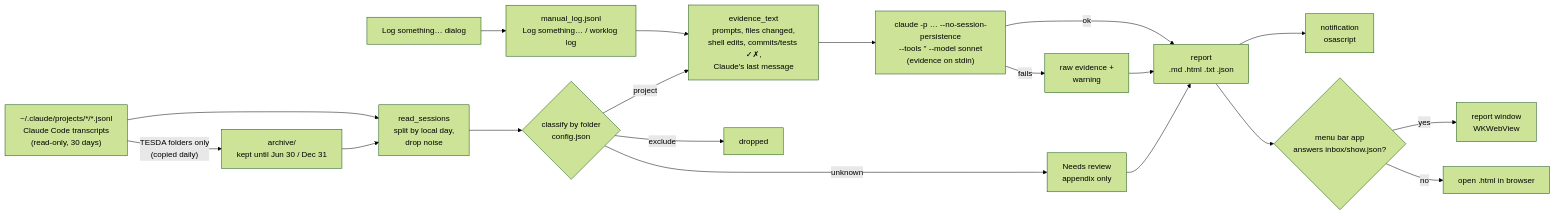
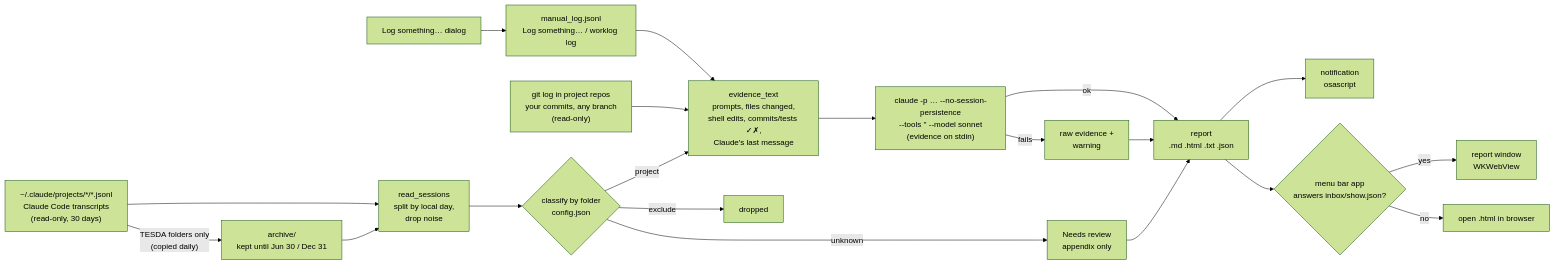
Before and after one commit to jewlmils/tesda-worklog: the first of 2 diagrams in docs/ARCHITECTURE.md, drawn with Mermaid (forest theme). The commit also changed other lines of this file and 5 other files, not shown here.

````diff
--- a/docs/ARCHITECTURE.md
+++ b/docs/ARCHITECTURE.md
@@ -11,20 +11,21 @@
 ```mermaid
 flowchart LR
     T["~/.claude/projects/*/*.jsonl<br/>Claude Code transcripts<br/>(read-only, 30 days)"] --> R[read_sessions<br/>split by local day,<br/>drop noise]
     T -- "TESDA folders only<br/>(copied daily)" --> AR["archive/<br/>kept until Jun 30 / Dec 31"]
     AR --> R
     M["manual_log.jsonl<br/>Log something… / worklog log"] --> E
+    G["git log in project repos<br/>your commits, any branch<br/>(read-only)"] --> E
     R --> F{classify by folder<br/>config.json}
     F -- project --> E[evidence_text<br/>prompts, files changed,<br/>shell edits, commits/tests ✓✗,<br/>Claude's last message]
     F -- exclude --> X[dropped]
     F -- unknown --> NR[Needs review<br/>appendix only]
     E --> C["claude -p … --no-session-persistence<br/>--tools '' --model sonnet<br/>(evidence on stdin)"]
     C -- ok --> W[report<br/>.md .html .txt .json]
     C -- fails --> RAW[raw evidence +<br/>warning] --> W
     NR --> W
     W --> N[notification<br/>osascript]
     W --> S{menu bar app<br/>answers inbox/show.json?}
     S -- yes --> WIN[report window<br/>WKWebView]
     M2["Log something… dialog"] --> M
     S -- no --> BR[open .html in browser]
 ```
````
